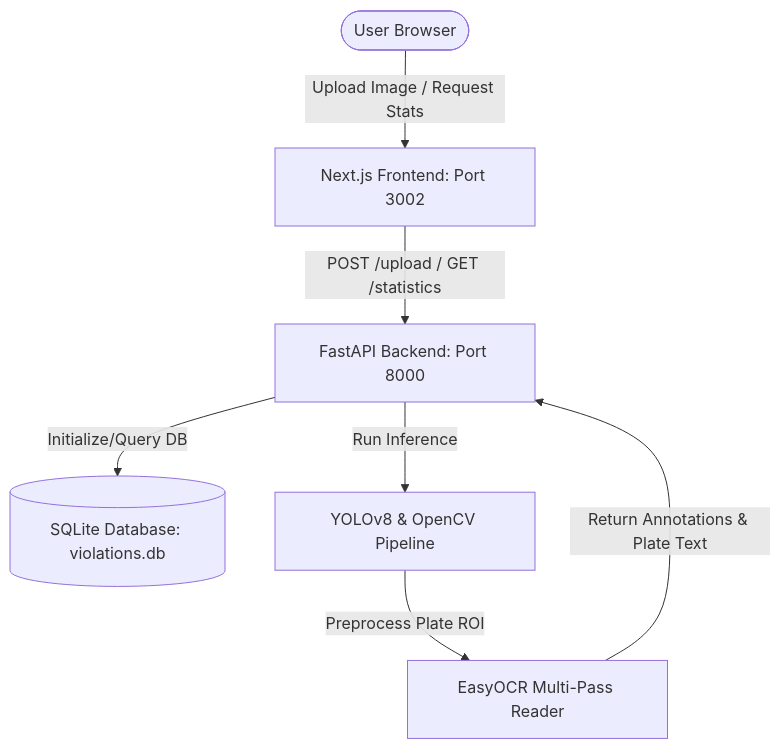
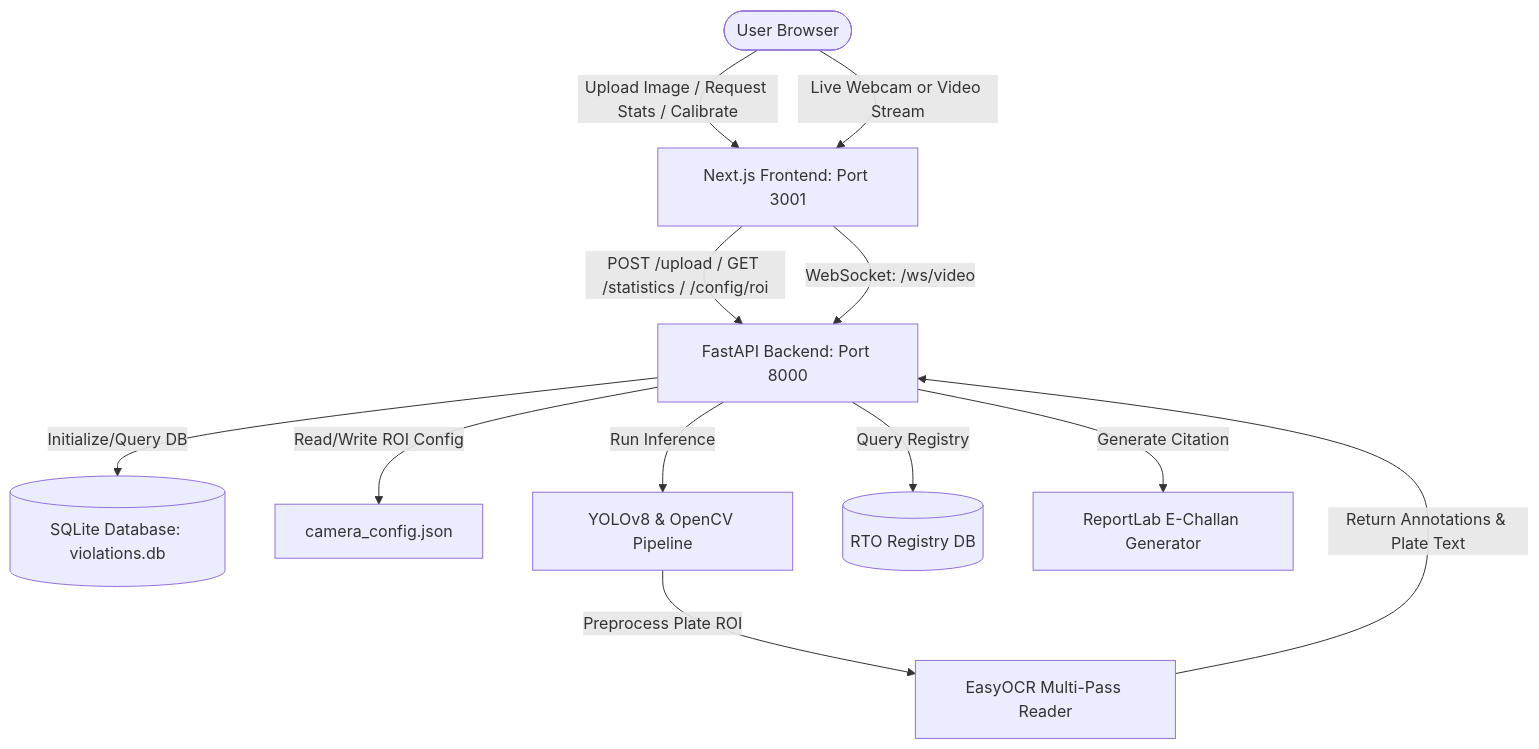
One commit to Keyamittal/VisionCop-Ai changed the diagram in README.md. Above: the diagram before and after it, drawn with Mermaid. The commit also changed other lines of this file and 7 other files, not shown here.

Commit message:
feat: integrate live WebSocket streaming, RTO lookup, ROI calibration, and E-Challan PDF generation

````diff
--- a/README.md
+++ b/README.md
@@ -35,9 +41,14 @@
 ```mermaid
 graph TD
-    User([User Browser]) -->|Upload Image / Request Stats| Frontend[Next.js Frontend: Port 3002]
-    Frontend -->|POST /upload / GET /statistics| Backend[FastAPI Backend: Port 8000]
+    User([User Browser]) -->|Upload Image / Request Stats / Calibrate| Frontend[Next.js Frontend: Port 3001]
+    User -->|Live Webcam or Video Stream| Frontend
+    Frontend -->|POST /upload / GET /statistics / /config/roi| Backend[FastAPI Backend: Port 8000]
+    Frontend -->|WebSocket: /ws/video| Backend
     Backend -->|Initialize/Query DB| SQLite[(SQLite Database: violations.db)]
+    Backend -->|Read/Write ROI Config| Config[camera_config.json]
     Backend -->|Run Inference| DetectionPipeline[YOLOv8 & OpenCV Pipeline]
     DetectionPipeline -->|Preprocess Plate ROI| OCR[EasyOCR Multi-Pass Reader]
     OCR -->|Return Annotations & Plate Text| Backend
+    Backend -->|Query Registry| RTODB[(RTO Registry DB)]
+    Backend -->|Generate Citation| PDF[ReportLab E-Challan Generator]
 ```
````
